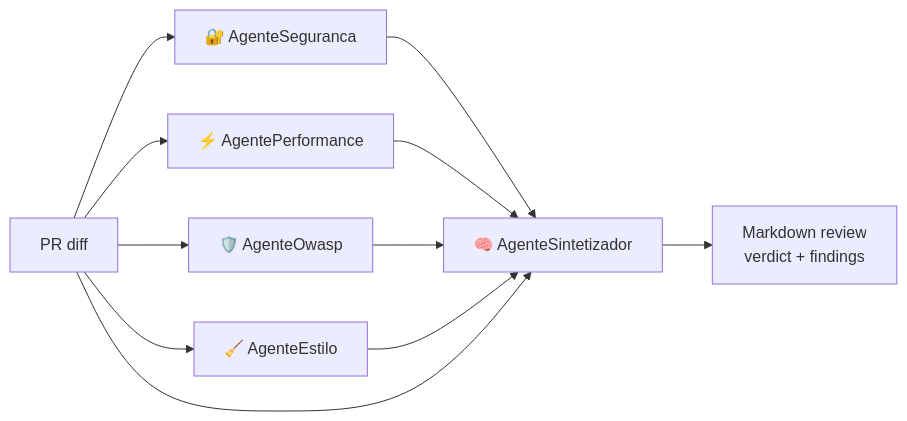
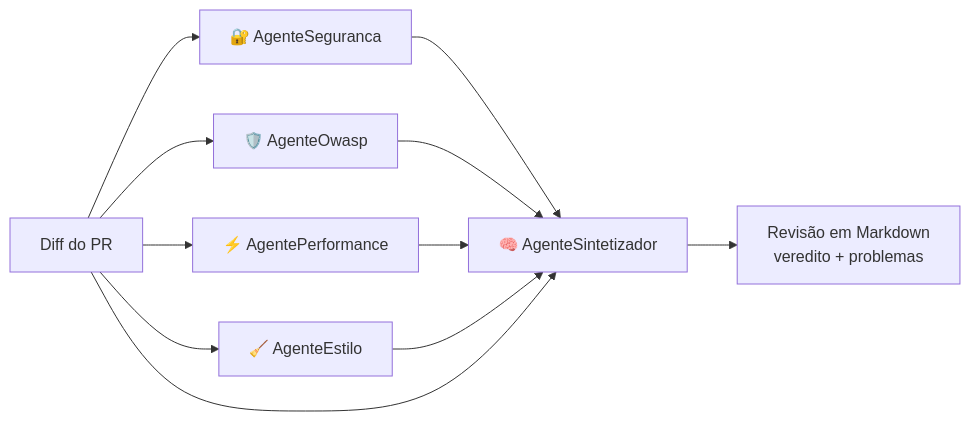
One commit to Cosmess/code-review-crew changed the diagram in README.md. Above: the diagram before and after it, drawn with Mermaid. The commit also changed other lines of this file, not shown here.

````diff
--- a/README.md
+++ b/README.md
@@ -14,13 +14,13 @@
 ```mermaid
 flowchart LR
-    D[PR diff] --> S1[🔐 AgenteSeguranca]
-    D --> S4[🛡️ AgenteOwasp]
-    D --> S2[⚡ AgentePerformance]
-    D --> S3[🧹 AgenteEstilo]
+    D[Diff do PR] --> S1[🔐 AgenteSeguranca]
+    D --> S2[🛡️ AgenteOwasp]
+    D --> S3[⚡ AgentePerformance]
+    D --> S4[🧹 AgenteEstilo]
     S1 --> Y[🧠 AgenteSintetizador]
     S2 --> Y
+    S3 --> Y
     S4 --> Y
-    S3 --> Y
     D --> Y
-    Y --> R[Markdown review<br/>verdict + findings]
+    Y --> R[Revisão em Markdown<br/>veredito + problemas]
 ```
````
